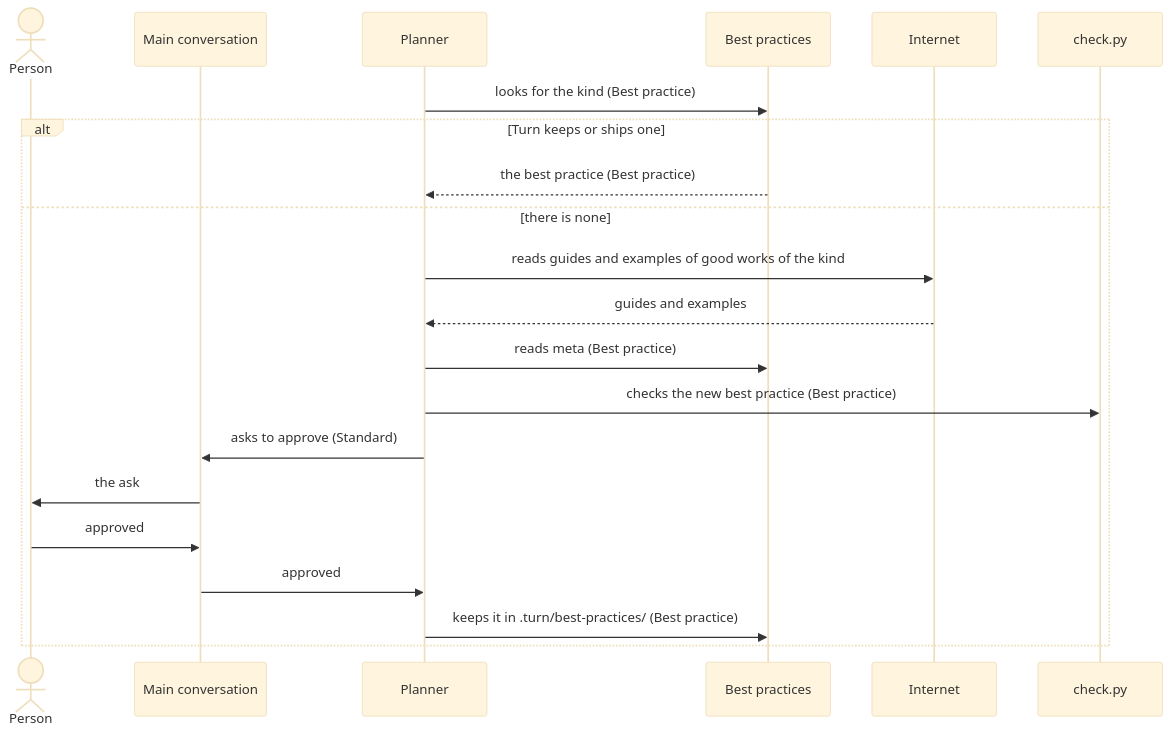
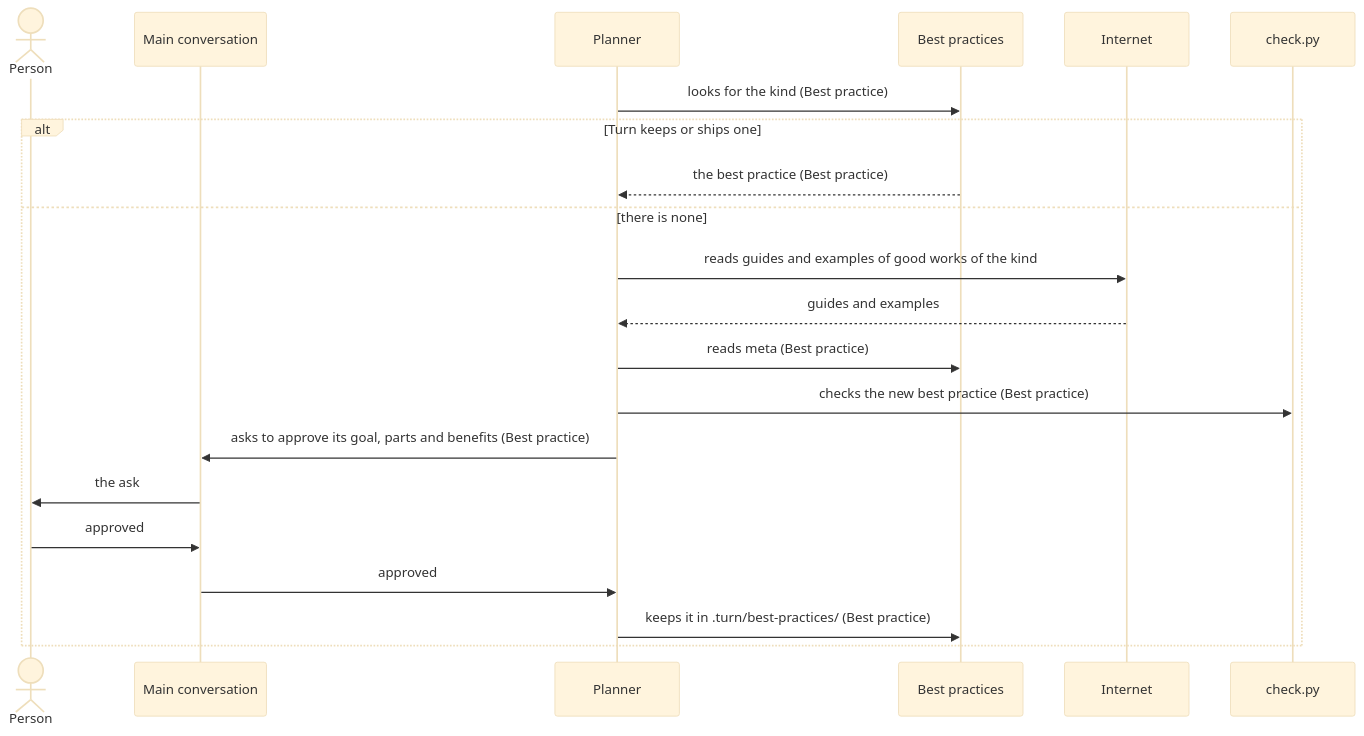
Before and after one commit to lovaizu/ccpm: the second of 5 diagrams in dev/turn/architecture.md, drawn with Mermaid (base theme). The commit also changed other lines of this file and 14 other files, not shown here.

First line of the commit message:
turn's documents and figures speak of a best practice's goal, parts, benefits and practices, with no Standard; practices.py gives the evaluator the first three; page titles of three grounds as their pages now give them

````diff
--- a/dev/turn/architecture.md
+++ b/dev/turn/architecture.md
@@ -248,23 +252,23 @@
 ```mermaid
 sequenceDiagram
   actor P as Person
   participant M as Main conversation
   participant PL as Planner
   participant B as Best practices
   participant I as Internet
   participant C as check.py
   PL->>B: looks for the kind (Best practice)
   alt Turn keeps or ships one
     B-->>PL: the best practice (Best practice)
   else there is none
     PL->>I: reads guides and examples of good works of the kind
     I-->>PL: guides and examples
     PL->>B: reads meta (Best practice)
     PL->>C: checks the new best practice (Best practice)
-    PL->>M: asks to approve (Standard)
+    PL->>M: asks to approve its goal, parts and benefits (Best practice)
     M->>P: the ask
     P->>M: approved
     M->>PL: approved
     PL->>B: keeps it in .turn/best-practices/ (Best practice)
   end
 ```
````
